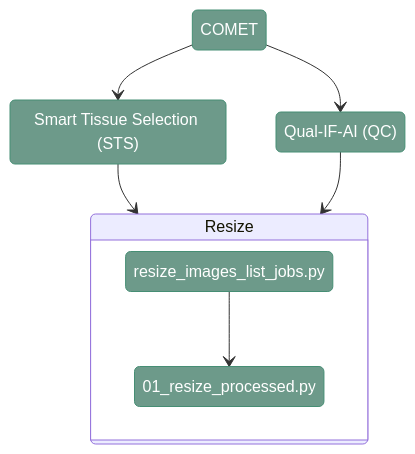
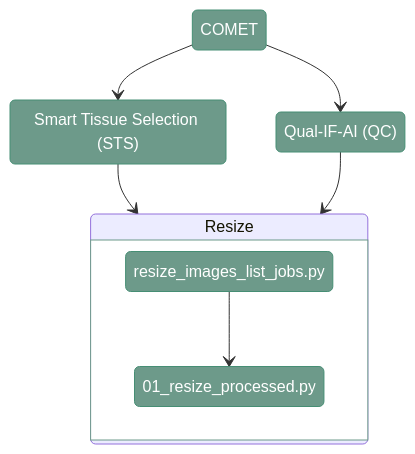
One commit to antoranzlab/DISSCOvery changed the diagram in docs/03_hard_stitching_COMET.md. Above: the diagram before and after it, drawn with Mermaid. The commit also changed other lines of this file and 34 other files, not shown here.

````diff
--- a/docs/03_hard_stitching_COMET.md
+++ b/docs/03_hard_stitching_COMET.md
@@ -11,23 +11,23 @@
 ```mermaid
 stateDiagram-v2
     classDef coloring fill:#6d9a8a, stroke:#468e74, color:#ffffff
     classDef coloring2 fill:#ffffff, stroke:#6d9a8a
 
     COMET --> STS
     COMET --> QUALIFAI
     STS --> Resize
     QUALIFAI --> Resize
     
     STS: Smart Tissue Selection (STS)
     QUALIFAI: Qual-IF-AI (QC)
     
     state Resize{
         HS_job --> HS_script
         HS_job: resize_images_list_jobs.py
         HS_script: 01_resize_processed.py
     }
 
     class COMET, STS, QUALIFAI, HS_script, HS_job, Hard_stitching coloring
-    class Hard_stitching coloring2
+    class Resize coloring2
     
 ```
````
